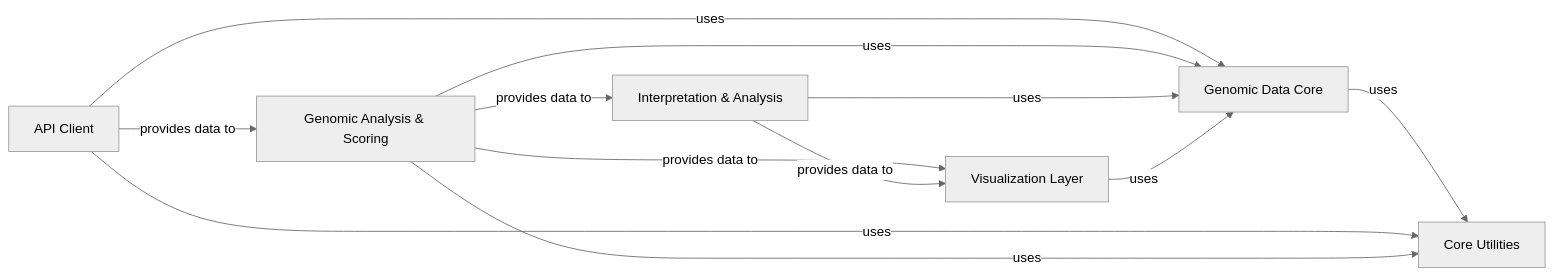
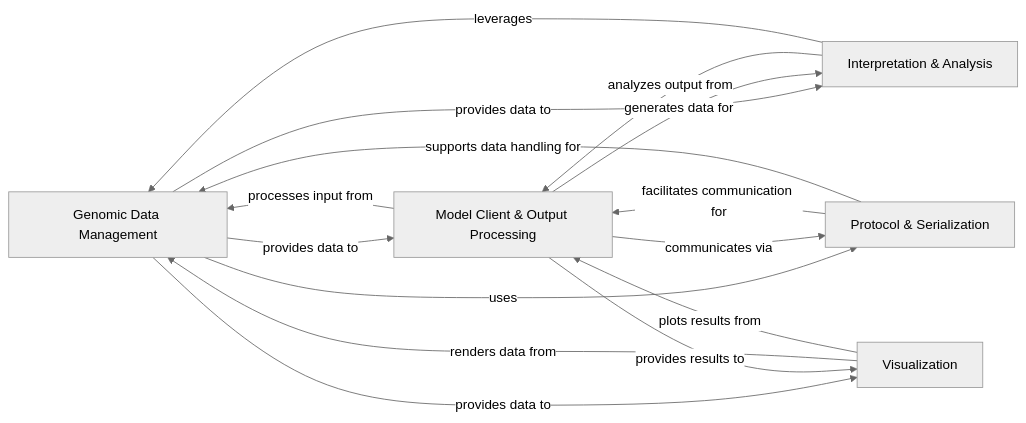
Before and after one commit to CodeBoarding/GeneratedOnBoardings: the diagram in alphagenome/on_boarding.md, drawn with Mermaid (neutral theme). The commit also changed other lines of this file and 8 other files, not shown here.

````diff
--- a/alphagenome/on_boarding.md
+++ b/alphagenome/on_boarding.md
@@ -1,24 +1,27 @@
 ```mermaid
 graph LR
-    Genomic_Data_Core["Genomic Data Core"]
-    Core_Utilities["Core Utilities"]
-    API_Client["API Client"]
-    Genomic_Analysis_Scoring["Genomic Analysis & Scoring"]
+    Genomic_Data_Management["Genomic Data Management"]
+    Protocol_Serialization["Protocol & Serialization"]
+    Model_Client_Output_Processing["Model Client & Output Processing"]
     Interpretation_Analysis["Interpretation & Analysis"]
-    Visualization_Layer["Visualization Layer"]
-    API_Client -- "uses" --> Genomic_Data_Core
-    Genomic_Analysis_Scoring -- "uses" --> Genomic_Data_Core
-    Interpretation_Analysis -- "uses" --> Genomic_Data_Core
-    Visualization_Layer -- "uses" --> Genomic_Data_Core
-    Genomic_Data_Core -- "uses" --> Core_Utilities
-    API_Client -- "uses" --> Core_Utilities
-    Genomic_Analysis_Scoring -- "uses" --> Core_Utilities
-    API_Client -- "provides data to" --> Genomic_Analysis_Scoring
-    Genomic_Analysis_Scoring -- "provides data to" --> Interpretation_Analysis
-    Genomic_Analysis_Scoring -- "provides data to" --> Visualization_Layer
-    Interpretation_Analysis -- "provides data to" --> Visualization_Layer
-    click Core_Utilities href "https://github.com/CodeBoarding/GeneratedOnBoardings/blob/main/alphagenome/Core_Utilities.md" "Details"
-    click Genomic_Analysis_Scoring href "https://github.com/CodeBoarding/GeneratedOnBoardings/blob/main/alphagenome/Genomic_Analysis_Scoring.md" "Details"
+    Visualization["Visualization"]
+    Genomic_Data_Management -- "provides data to" --> Model_Client_Output_Processing
+    Genomic_Data_Management -- "provides data to" --> Interpretation_Analysis
+    Genomic_Data_Management -- "provides data to" --> Visualization
+    Genomic_Data_Management -- "uses" --> Protocol_Serialization
+    Protocol_Serialization -- "facilitates communication for" --> Model_Client_Output_Processing
+    Protocol_Serialization -- "supports data handling for" --> Genomic_Data_Management
+    Model_Client_Output_Processing -- "processes input from" --> Genomic_Data_Management
+    Model_Client_Output_Processing -- "communicates via" --> Protocol_Serialization
+    Model_Client_Output_Processing -- "generates data for" --> Interpretation_Analysis
+    Model_Client_Output_Processing -- "provides results to" --> Visualization
+    Interpretation_Analysis -- "analyzes output from" --> Model_Client_Output_Processing
+    Interpretation_Analysis -- "leverages" --> Genomic_Data_Management
+    Visualization -- "renders data from" --> Genomic_Data_Management
+    Visualization -- "plots results from" --> Model_Client_Output_Processing
+    click Genomic_Data_Management href "https://github.com/CodeBoarding/GeneratedOnBoardings/blob/main/alphagenome/Genomic_Data_Management.md" "Details"
+    click Protocol_Serialization href "https://github.com/CodeBoarding/GeneratedOnBoardings/blob/main/alphagenome/Protocol_Serialization.md" "Details"
+    click Model_Client_Output_Processing href "https://github.com/CodeBoarding/GeneratedOnBoardings/blob/main/alphagenome/Model_Client_Output_Processing.md" "Details"
     click Interpretation_Analysis href "https://github.com/CodeBoarding/GeneratedOnBoardings/blob/main/alphagenome/Interpretation_Analysis.md" "Details"
-    click Visualization_Layer href "https://github.com/CodeBoarding/GeneratedOnBoardings/blob/main/alphagenome/Visualization_Layer.md" "Details"
+    click Visualization href "https://github.com/CodeBoarding/GeneratedOnBoardings/blob/main/alphagenome/Visualization.md" "Details"
 ```
````
